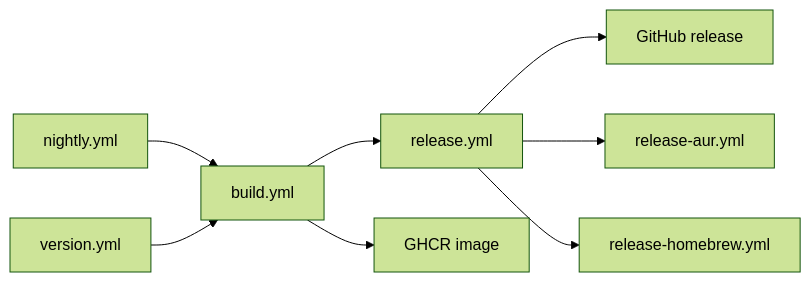
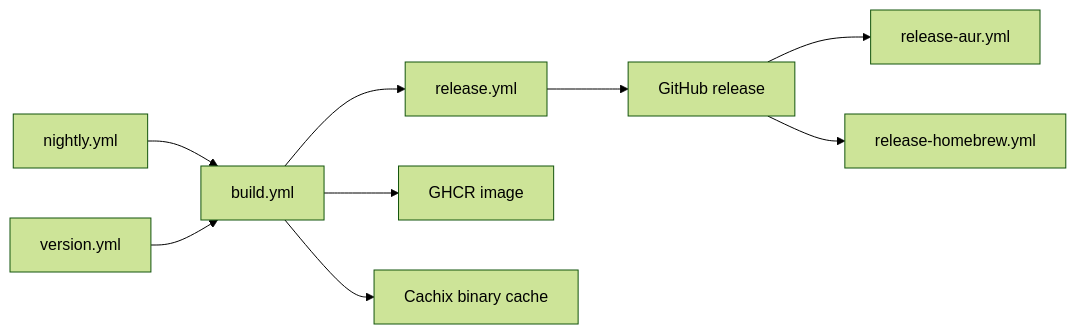
The second of 2 diagrams in unbill-docs/ci-cd-pipeline.md (unbill-project/unbill), drawn with Mermaid (forest theme) before and after one commit. The commit also changed other lines of this file, not shown here.

````diff
--- a/unbill-docs/ci-cd-pipeline.md
+++ b/unbill-docs/ci-cd-pipeline.md
@@ -35,19 +35,21 @@
 ```mermaid
 flowchart LR
     Nightly["nightly.yml"]
     Version["version.yml"]
     Build["build.yml"]
     Release["release.yml"]
     GitHubRelease["GitHub release"]
     AurRelease["release-aur.yml"]
     BrewRelease["release-homebrew.yml"]
     Ghcr["GHCR image"]
+    Cachix["Cachix binary cache"]
 
     Nightly --> Build
     Version --> Build
     Build --> Release
     Build --> Ghcr
+    Build --> Cachix
     Release --> GitHubRelease
-    Release --> AurRelease
-    Release --> BrewRelease
+    GitHubRelease --> AurRelease
+    GitHubRelease --> BrewRelease
 ```
````
